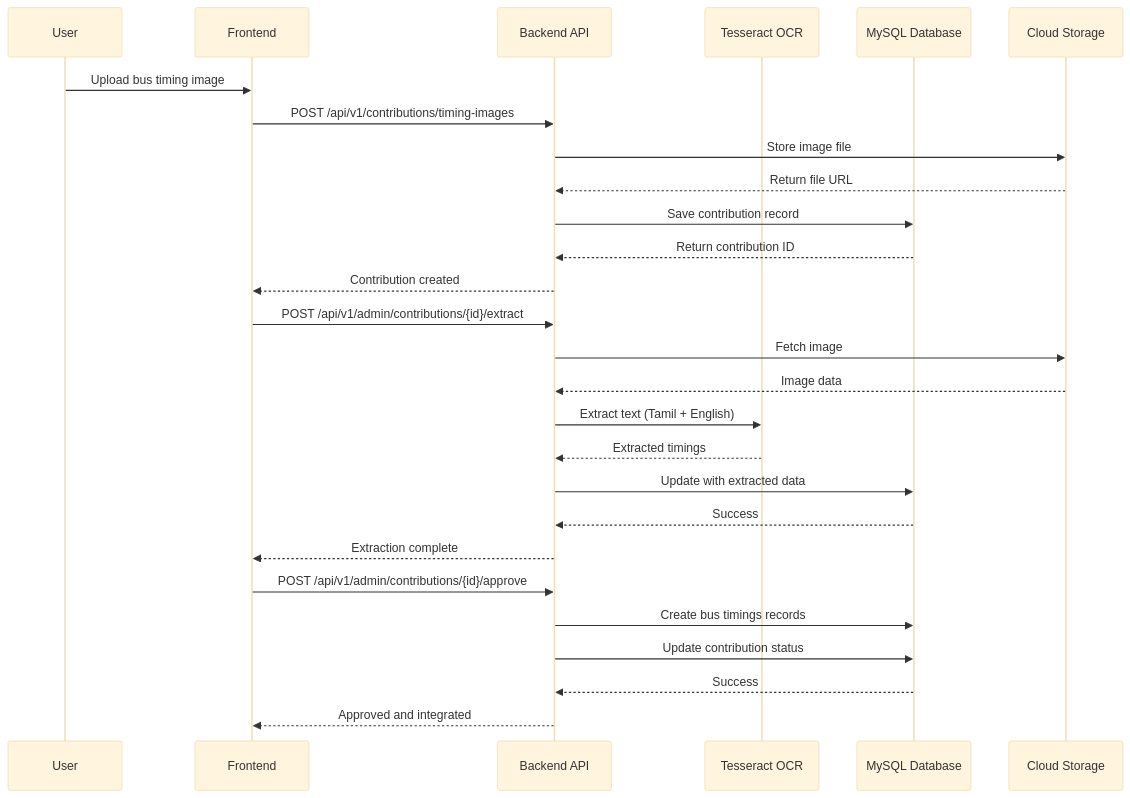
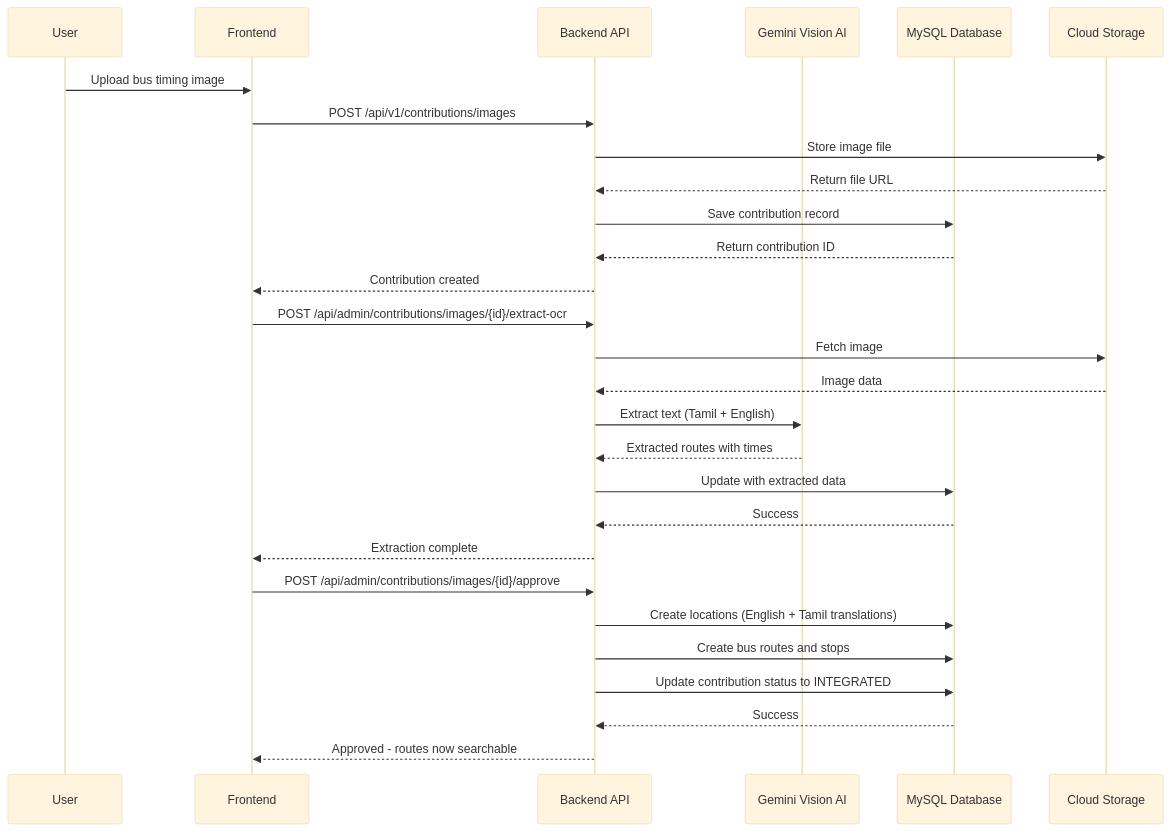
One commit to cmadhava85/perundhu changed the third of 4 diagrams in README.md. Above: the diagram before and after it, drawn with Mermaid (base theme). The commit also changed other lines of this file and 74 other files, not shown here.

````diff
--- a/README.md
+++ b/README.md
@@ -155,32 +156,33 @@
 ```mermaid
 sequenceDiagram
     participant User
     participant Frontend
     participant API as Backend API
-    participant OCR as Tesseract OCR
+    participant Gemini as Gemini Vision AI
     participant DB as MySQL Database
     participant Storage as Cloud Storage
     
     User->>Frontend: Upload bus timing image
-    Frontend->>API: POST /api/v1/contributions/timing-images
+    Frontend->>API: POST /api/v1/contributions/images
     API->>Storage: Store image file
     Storage-->>API: Return file URL
     API->>DB: Save contribution record
     DB-->>API: Return contribution ID
     API-->>Frontend: Contribution created
     
-    Frontend->>API: POST /api/v1/admin/contributions/{id}/extract
+    Frontend->>API: POST /api/admin/contributions/images/{id}/extract-ocr
     API->>Storage: Fetch image
     Storage-->>API: Image data
-    API->>OCR: Extract text (Tamil + English)
-    OCR-->>API: Extracted timings
+    API->>Gemini: Extract text (Tamil + English)
+    Gemini-->>API: Extracted routes with times
     API->>DB: Update with extracted data
     DB-->>API: Success
     API-->>Frontend: Extraction complete
     
-    Frontend->>API: POST /api/v1/admin/contributions/{id}/approve
-    API->>DB: Create bus timings records
-    API->>DB: Update contribution status
+    Frontend->>API: POST /api/admin/contributions/images/{id}/approve
+    API->>DB: Create locations (English + Tamil translations)
+    API->>DB: Create bus routes and stops
+    API->>DB: Update contribution status to INTEGRATED
     DB-->>API: Success
-    API-->>Frontend: Approved and integrated
+    API-->>Frontend: Approved - routes now searchable
 ```
````
